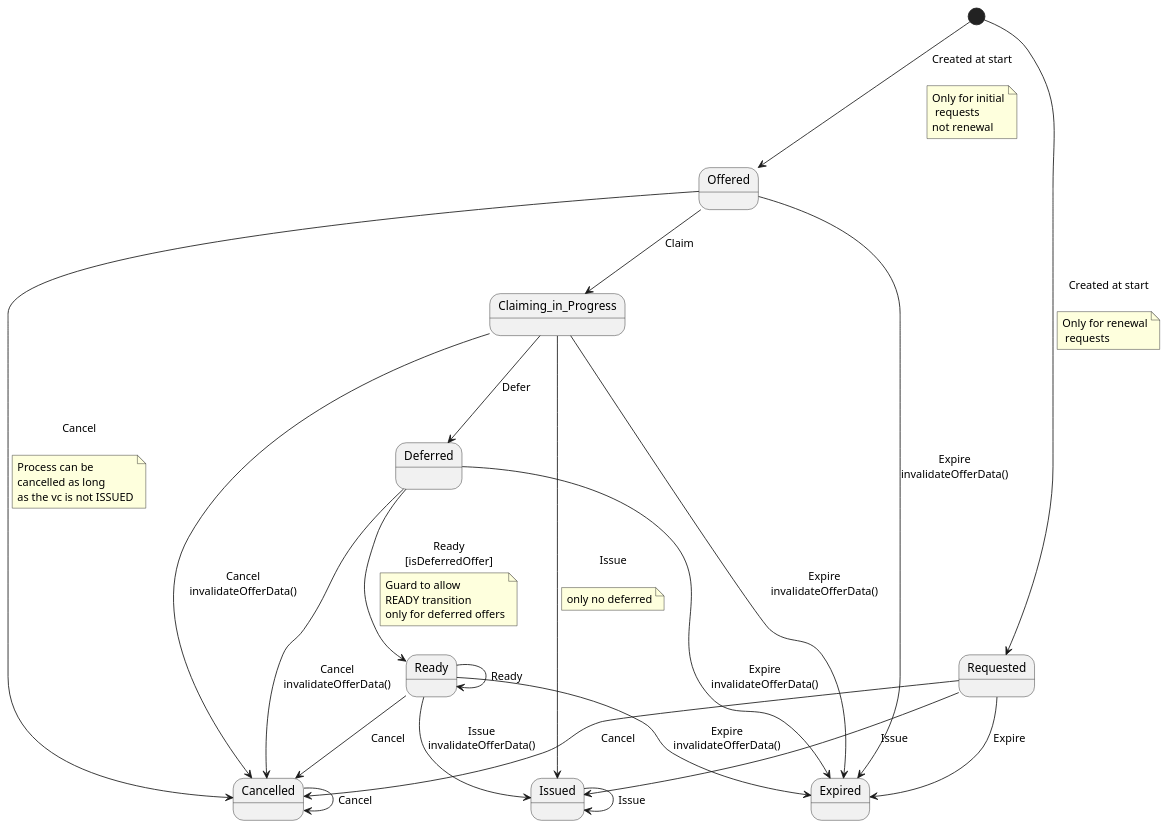
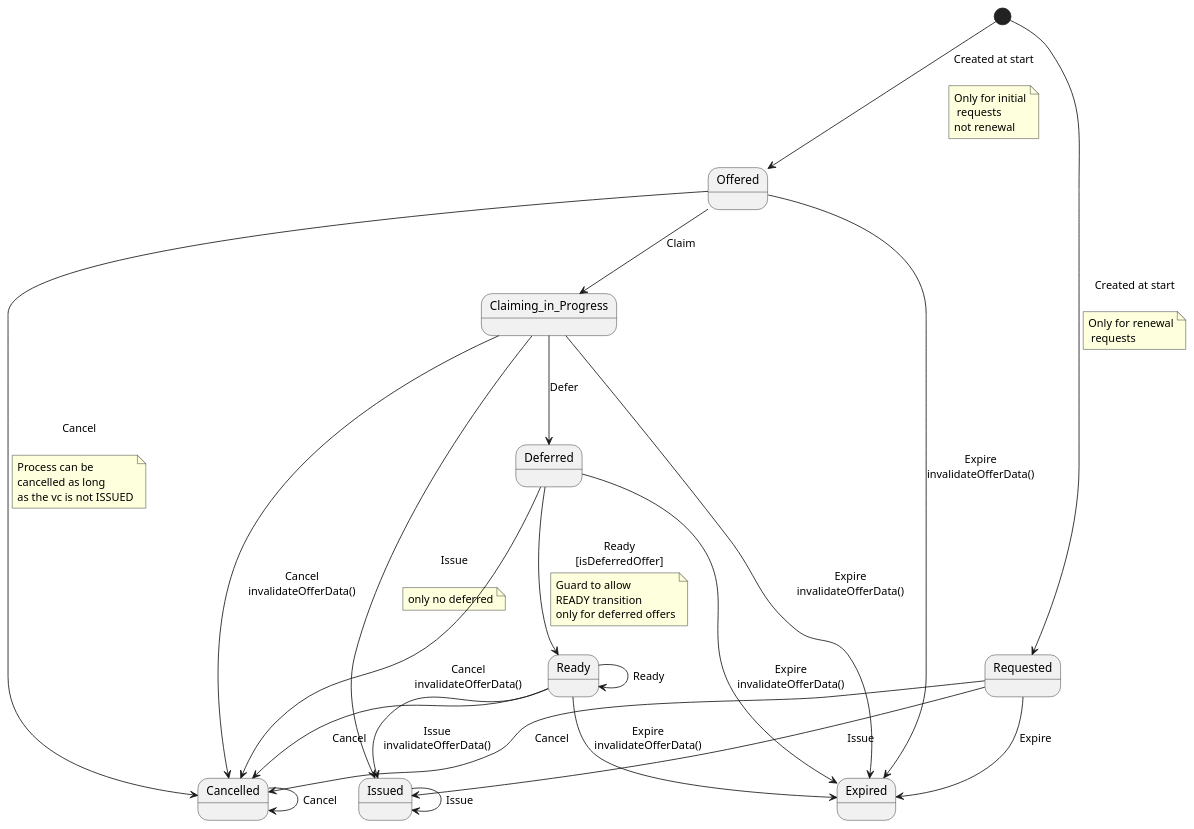
Before and after one commit to swiyu-admin-ch/swiyu-issuer: the diagram in issuer-service/src/main/resources/plantuml/credentialOfferStateMachine.puml, drawn with PlantUML. The commit also changed 8 other files, not shown here.

```diff
--- a/issuer-service/src/main/resources/plantuml/credentialOfferStateMachine.puml
+++ b/issuer-service/src/main/resources/plantuml/credentialOfferStateMachine.puml
@@ -1,58 +1,58 @@
 @startuml
-state Issued
-state Deferred :
+state Claiming_in_Progress
+state Deferred
+state Requested
 state Offered
 state Cancelled
 state Ready
-state Claiming_in_Progress
-state Requested
 state Expired
+state Issued
 [*] --> Offered : Created at start\n
 note on link
 Only for initial
  requests
 not renewal
 end note
 
 [*] --> Requested : Created at start\n
 note on link
 Only for renewal
  requests
 end note
 
 Requested --> Issued : Issue
 Requested --> Cancelled : Cancel
 Requested --> Expired : Expire
 Offered --> Cancelled : Cancel\n
 note on link
 Process can be
 cancelled as long
 as the vc is not ISSUED
 end note
 
 Offered --> Expired : Expire\ninvalidateOfferData()
 Offered --> Claiming_in_Progress : Claim
 Claiming_in_Progress --> Expired : Expire\ninvalidateOfferData()
 Claiming_in_Progress --> Deferred : Defer
 Claiming_in_Progress --> Issued : Issue\n
 note on link
 only no deferred
 end note
 
 Claiming_in_Progress --> Cancelled : Cancel\ninvalidateOfferData()
 Deferred --> Ready : Ready\n[isDeferredOffer]
 note on link
 Guard to allow
 READY transition
 only for deferred offers
 end note
 
 Deferred --> Expired : Expire\ninvalidateOfferData()
 Deferred --> Cancelled : Cancel\ninvalidateOfferData()
 Ready --> Issued : Issue\ninvalidateOfferData()
 Ready --> Expired : Expire\ninvalidateOfferData()
 Ready --> Cancelled : Cancel
 Ready --> Ready : Ready
 Issued --> Issued : Issue
 Cancelled --> Cancelled : Cancel
 @enduml
```
